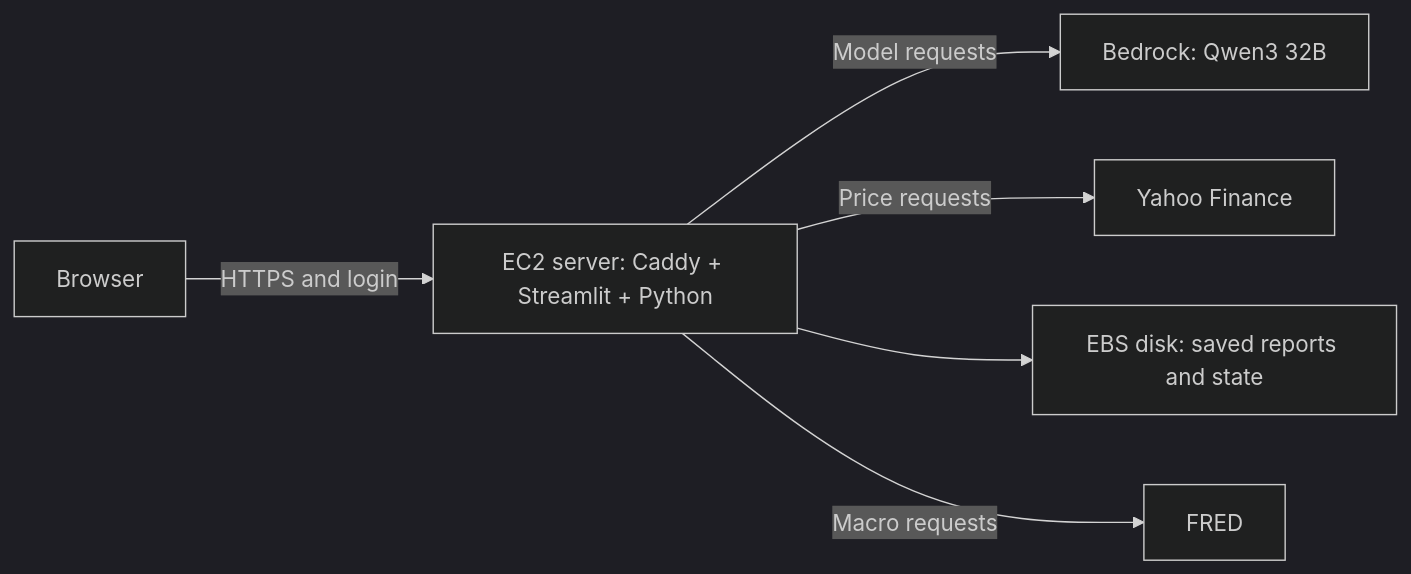
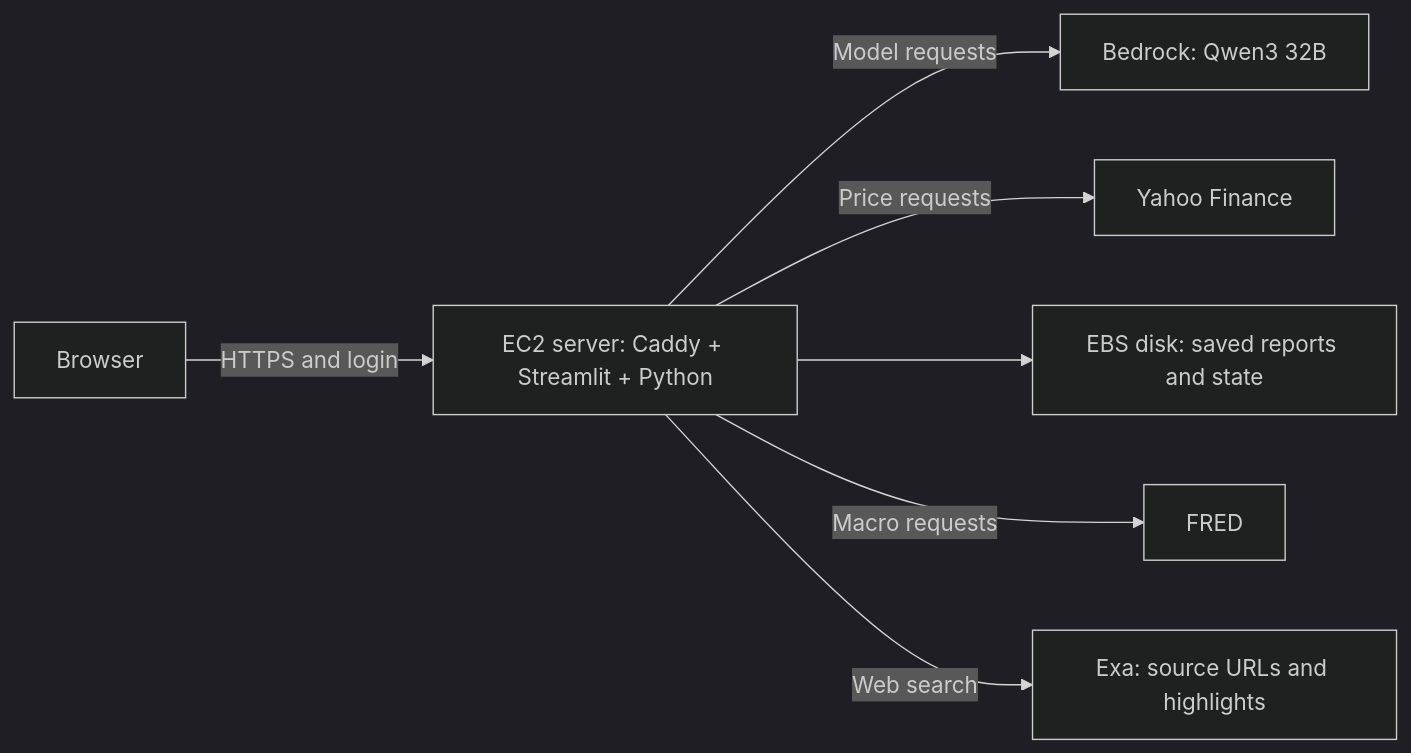
The first of 2 diagrams in deployment/README.md (asugar13/agentic-financial-research), drawn with Mermaid (dark theme) before and after one commit. The commit also changed other lines of this file and 5 other files, not shown here.

````diff
--- a/deployment/README.md
+++ b/deployment/README.md
@@ -7,8 +7,9 @@
 ```mermaid
 flowchart LR
     Browser -->|HTTPS and login| Server["EC2 server: Caddy + Streamlit + Python"]
     Server -->|Model requests| Bedrock["Bedrock: Qwen3 32B"]
     Server -->|Price requests| Yahoo["Yahoo Finance"]
     Server --> Disk["EBS disk: saved reports and state"]
     Server -->|Macro requests| FRED["FRED"]
+    Server -->|Web search| Exa["Exa: source URLs and highlights"]
 ```
````
